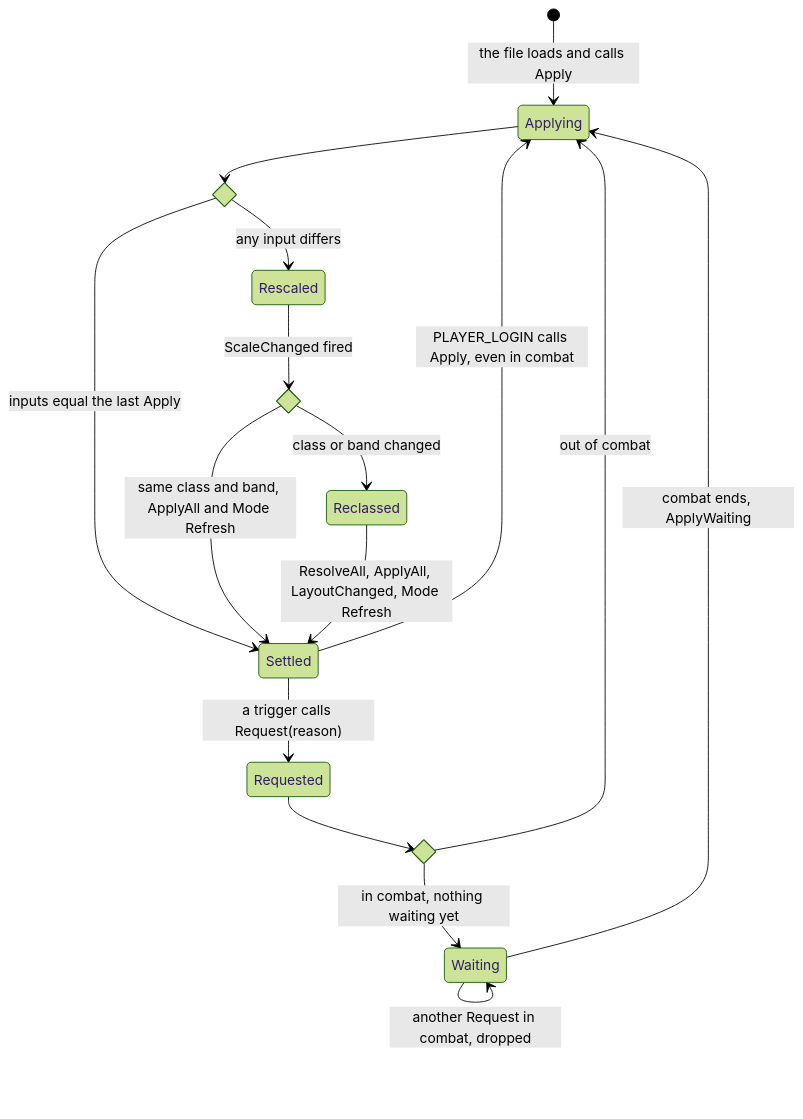
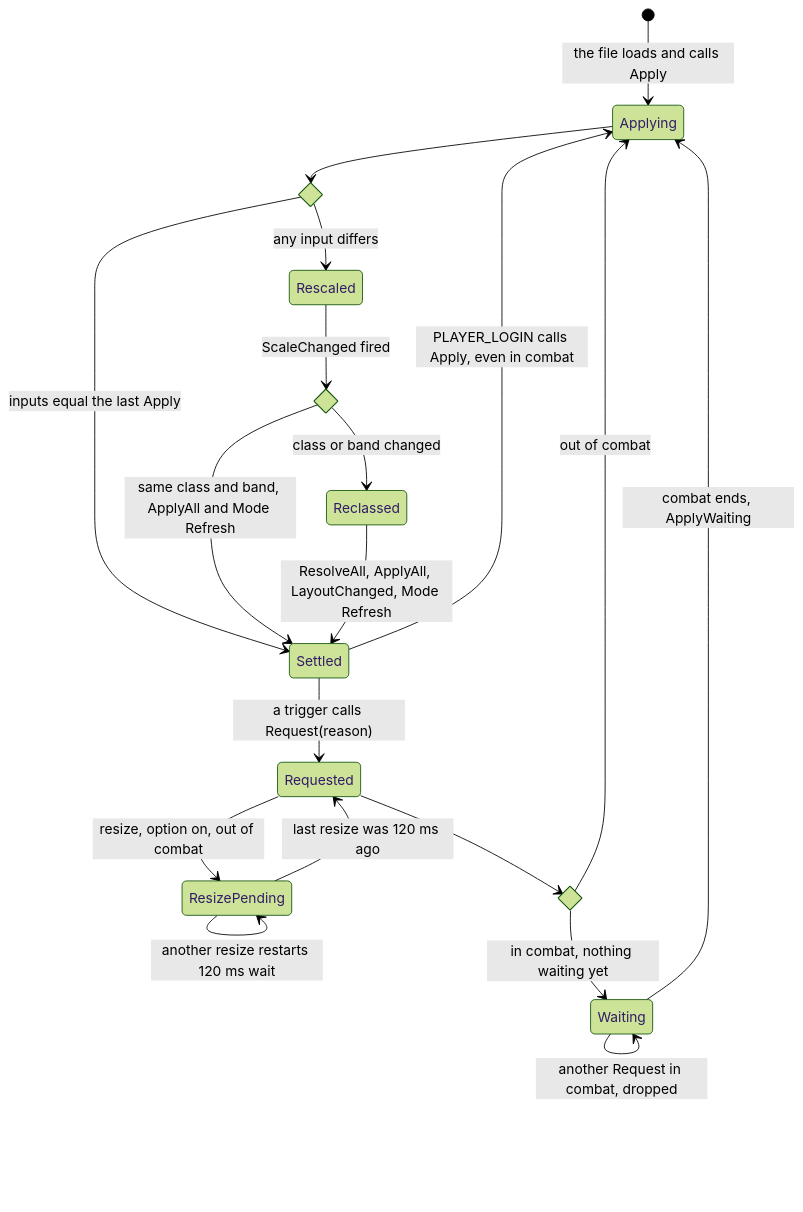
The diagram in docs/statecharts/arrangement-layout-class.md (Baine/KstyleUI), drawn with Mermaid (forest theme) before and after one commit. The commit also changed other lines of this file and 44 other files, not shown here.

````diff
--- a/docs/statecharts/arrangement-layout-class.md
+++ b/docs/statecharts/arrangement-layout-class.md
@@ -5,21 +5,24 @@
 ```mermaid
 stateDiagram-v2
     [*] --> Applying : the file loads and calls Apply
     Settled --> Applying : PLAYER_LOGIN calls Apply, even in combat
     Settled --> Requested : a trigger calls Request(reason)
+    Requested --> ResizePending : resize, option on, out of combat
+    ResizePending --> ResizePending : another resize restarts 120 ms wait
+    ResizePending --> Requested : last resize was 120 ms ago
     state combat <<choice>>
     Requested --> combat
     combat --> Applying : out of combat
     combat --> Waiting : in combat, nothing waiting yet
     Waiting --> Waiting : another Request in combat, dropped
     Waiting --> Applying : combat ends, ApplyWaiting
     state changed <<choice>>
     Applying --> changed
     changed --> Settled : inputs equal the last Apply
     changed --> Rescaled : any input differs
     state newClass <<choice>>
     Rescaled --> newClass : ScaleChanged fired
     newClass --> Settled : same class and band, ApplyAll and Mode Refresh
     newClass --> Reclassed : class or band changed
     Reclassed --> Settled : ResolveAll, ApplyAll, LayoutChanged, Mode Refresh
 ```
````
